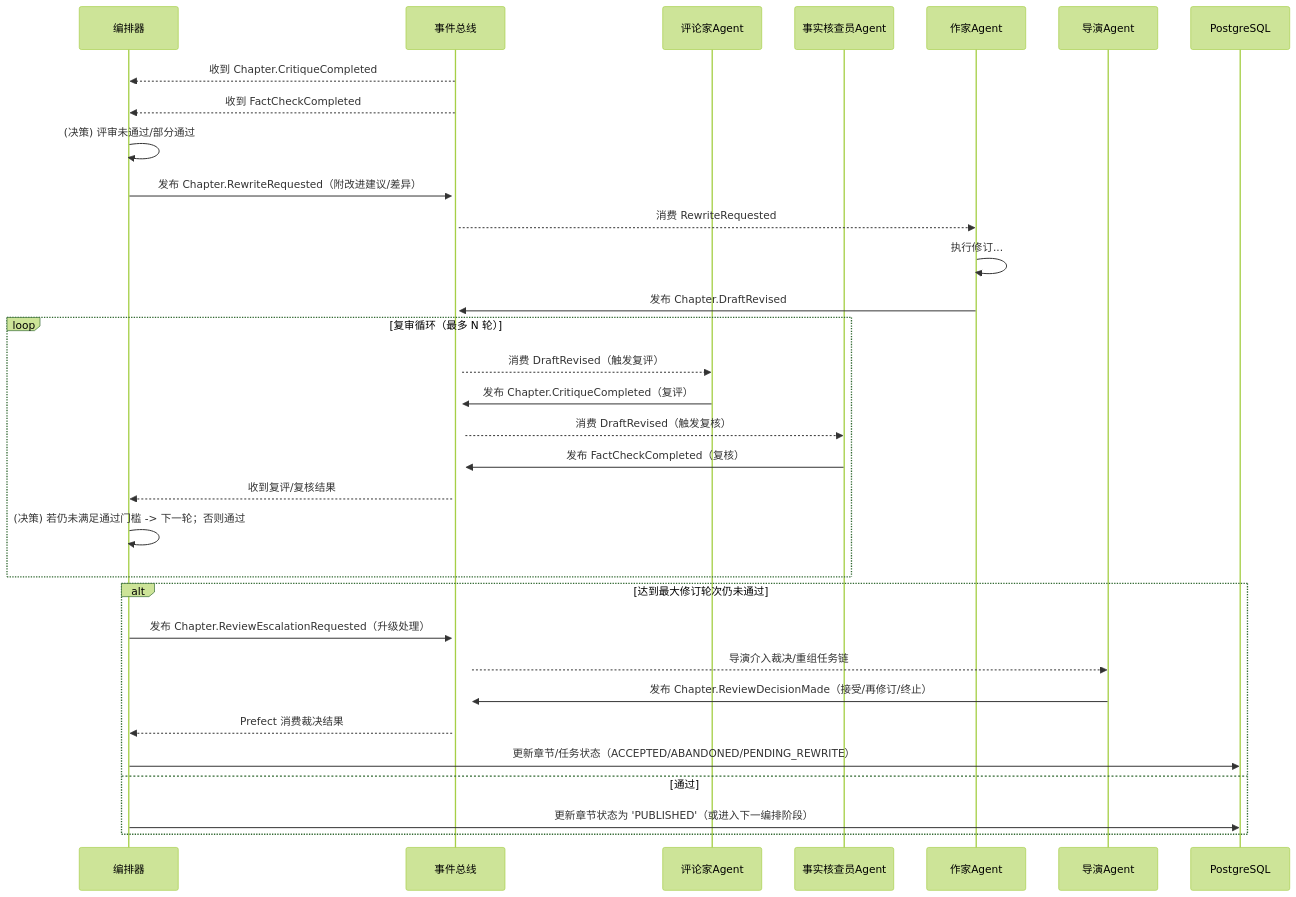
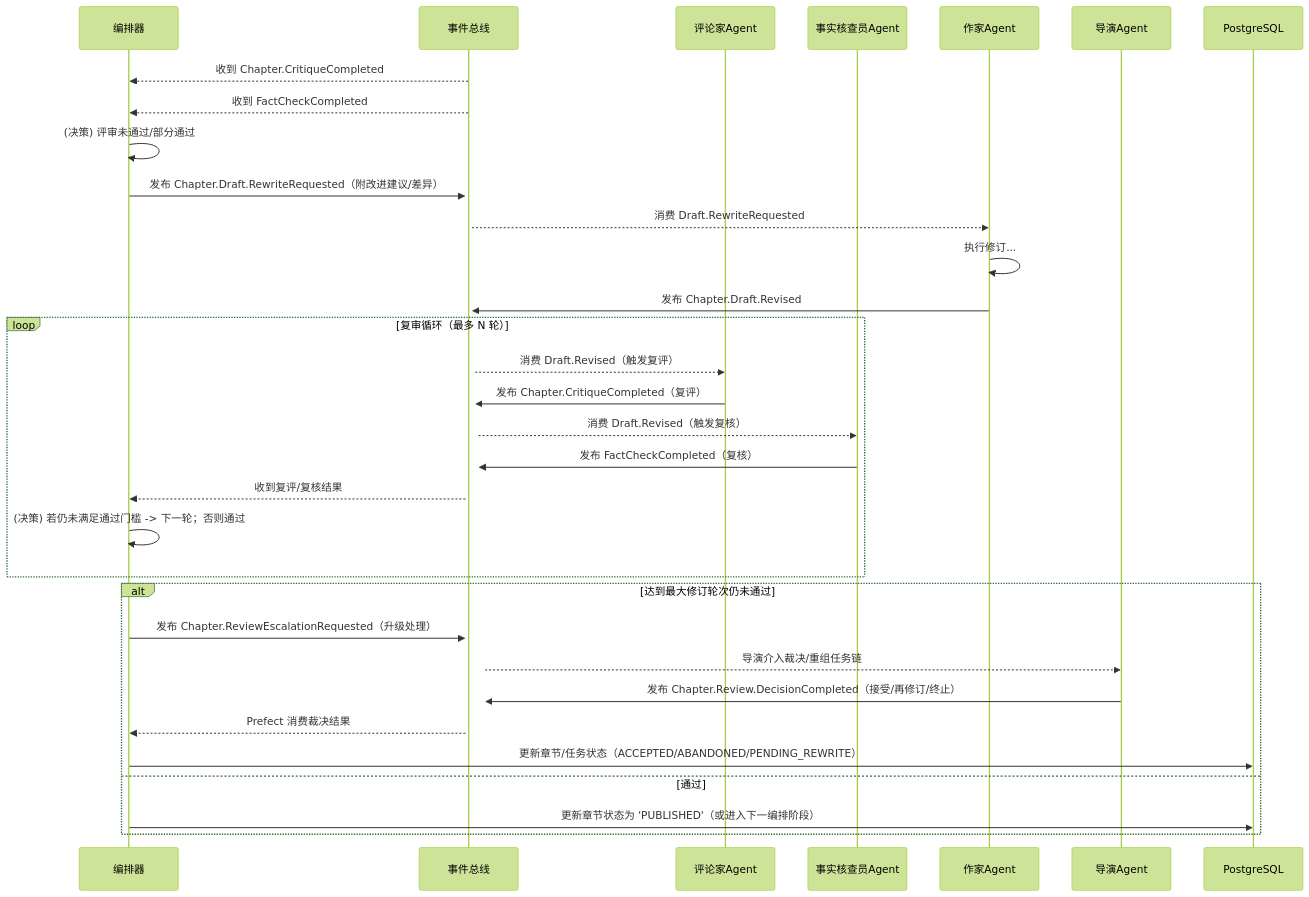
One commit to zhiyue/infinite-scribe changed the fourth of 5 diagrams in docs/architecture/core-workflows.md. Above: the diagram before and after it, drawn with Mermaid (forest theme). The commit also changed other lines of this file and 1 other file, not shown here.

Commit message:
refactor(docs): update event naming conventions and core workflows documentation
- Revised event naming conventions to enhance clarity and consistency, including the introduction of sub-aggregates in event names.
- Updated core workflows documentation to reflect changes in event names, ensuring alignment with the new naming structure.
- Added recommendations for naming related to chapter revision and review processes, improving the overall documentation quality.

````diff
--- a/docs/architecture/core-workflows.md
+++ b/docs/architecture/core-workflows.md
@@ -185,43 +185,43 @@
 ```mermaid
 sequenceDiagram
     participant Prefect as 编排器
     participant Kafka as 事件总线
     participant CR_Agent as 评论家Agent
     participant FC_Agent as 事实核查员Agent
     participant WR_Agent as 作家Agent
     participant DIR_Agent as 导演Agent
     participant PG_DB as PostgreSQL
 
     %% ======================= 阶段一: 评审结果汇聚 =======================
     Kafka-->>Prefect: 收到 Chapter.CritiqueCompleted
     Kafka-->>Prefect: 收到 FactCheckCompleted
     Prefect->>Prefect: (决策) 评审未通过/部分通过
 
     %% ======================= 阶段二: 发起修订请求 =======================
-    Prefect->>+Kafka: 发布 Chapter.RewriteRequested（附改进建议/差异）
-    Kafka-->>WR_Agent: 消费 RewriteRequested
+    Prefect->>+Kafka: 发布 Chapter.Draft.RewriteRequested（附改进建议/差异）
+    Kafka-->>WR_Agent: 消费 Draft.RewriteRequested
     WR_Agent->>WR_Agent: 执行修订...
-    WR_Agent->>+Kafka: 发布 Chapter.DraftRevised
+    WR_Agent->>+Kafka: 发布 Chapter.Draft.Revised
 
     %% ======================= 阶段三: 复审循环（至多 N 轮） =======================
     loop 复审循环（最多 N 轮）
-        Kafka-->>CR_Agent: 消费 DraftRevised（触发复评）
+        Kafka-->>CR_Agent: 消费 Draft.Revised（触发复评）
         CR_Agent->>+Kafka: 发布 Chapter.CritiqueCompleted（复评）
-        Kafka-->>FC_Agent: 消费 DraftRevised（触发复核）
+        Kafka-->>FC_Agent: 消费 Draft.Revised（触发复核）
         FC_Agent->>+Kafka: 发布 FactCheckCompleted（复核）
         Kafka-->>Prefect: 收到复评/复核结果
         Prefect->>Prefect: (决策) 若仍未满足通过门槛 -> 下一轮；否则通过
     end
 
     alt 达到最大修订轮次仍未通过
         %% ======================= 阶段四: 升级策略或终止 =======================
         Prefect->>+Kafka: 发布 Chapter.ReviewEscalationRequested（升级处理）
         Kafka-->>DIR_Agent: 导演介入裁决/重组任务链
-        DIR_Agent->>+Kafka: 发布 Chapter.ReviewDecisionMade（接受/再修订/终止）
+        DIR_Agent->>+Kafka: 发布 Chapter.Review.DecisionCompleted（接受/再修订/终止）
         Kafka-->>Prefect: Prefect 消费裁决结果
         Prefect->>PG_DB: 更新章节/任务状态（ACCEPTED/ABANDONED/PENDING_REWRITE）
     else 通过
         %% ======================= 阶段五: 通过后合入发布 =======================
         Prefect->>PG_DB: 更新章节状态为 'PUBLISHED'（或进入下一编排阶段）
     end
 ```
````
